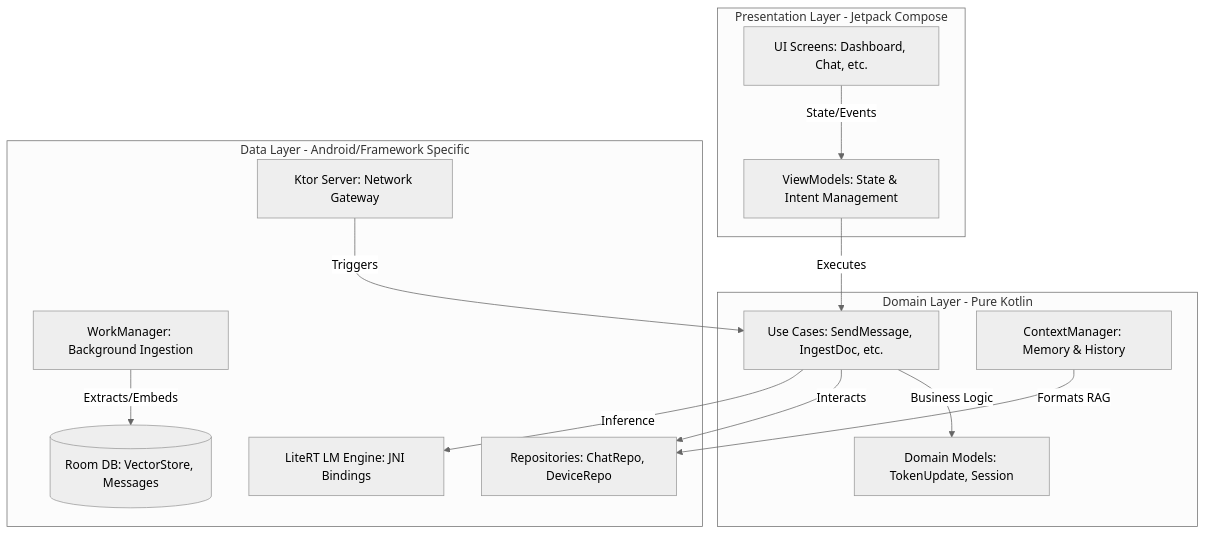
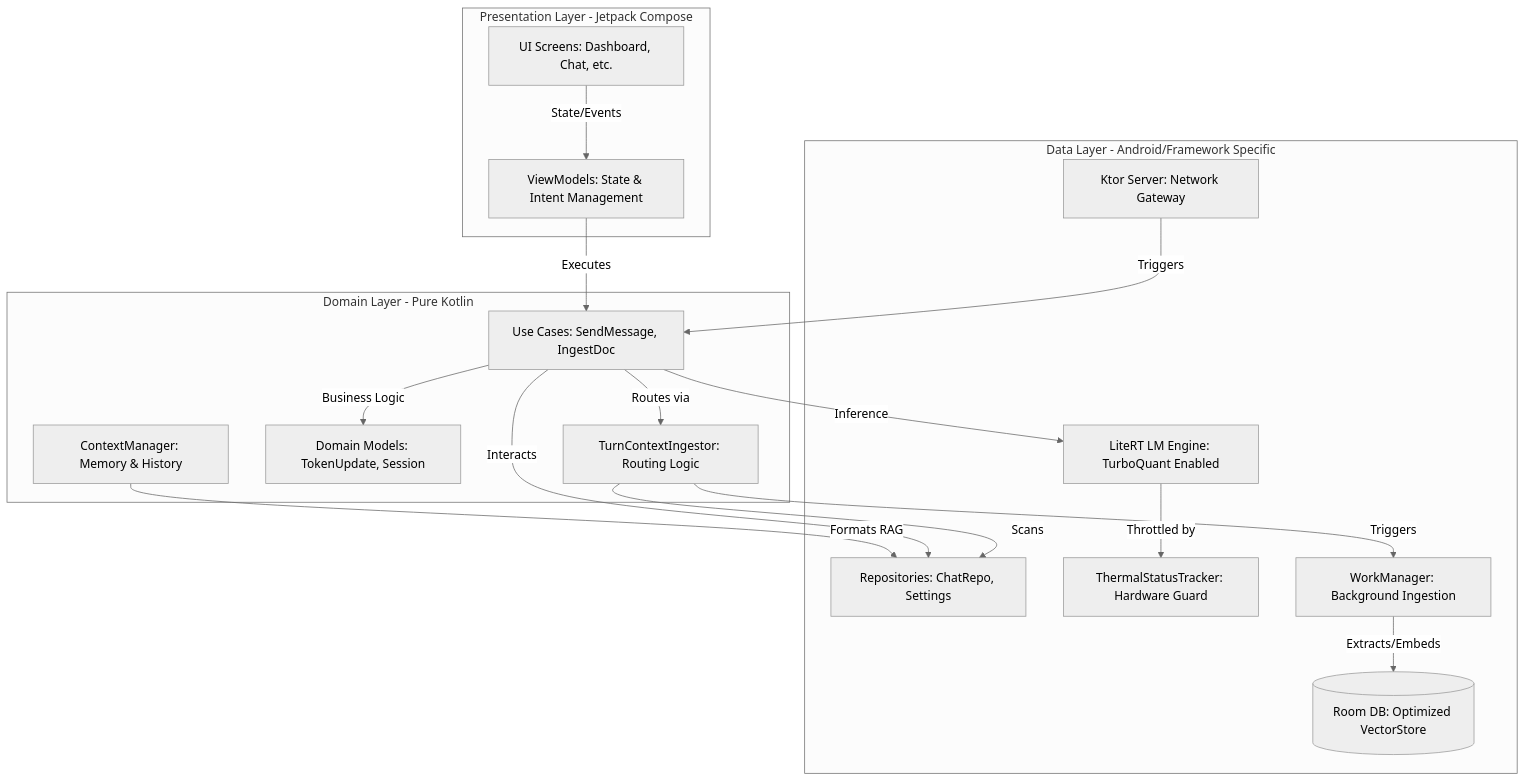
One commit to kallolchakraborty/Chhanda-AI changed the first of 5 diagrams in README.md. Above: the diagram before and after it, drawn with Mermaid (neutral theme). The commit also changed other lines of this file and 1 other file, not shown here.

Commit message:
Docs: Restored and updated Mermaid diagrams for Architecture and RAG pipelines

````diff
--- a/README.md
+++ b/README.md
@@ -84,30 +84,36 @@
 ```mermaid
 graph TD
     subgraph Presentation Layer [Presentation Layer - Jetpack Compose]
         UI[UI Screens: Dashboard, Chat, etc.]
         VM[ViewModels: State & Intent Management]
     end
 
     subgraph Domain Layer [Domain Layer - Pure Kotlin]
-        UC[Use Cases: SendMessage, IngestDoc, etc.]
+        UC[Use Cases: SendMessage, IngestDoc]
+        TCI[TurnContextIngestor: Routing Logic]
         MOD[Domain Models: TokenUpdate, Session]
         CM[ContextManager: Memory & History]
     end
 
     subgraph Data Layer [Data Layer - Android/Framework Specific]
-        REP[Repositories: ChatRepo, DeviceRepo]
-        DB[(Room DB: VectorStore, Messages)]
-        LRT[LiteRT LM Engine: JNI Bindings]
+        REP[Repositories: ChatRepo, Settings]
+        TST[ThermalStatusTracker: Hardware Guard]
+        DB[(Room DB: Optimized VectorStore)]
+        LRT[LiteRT LM Engine: TurboQuant Enabled]
         KTOR[Ktor Server: Network Gateway]
         WRK[WorkManager: Background Ingestion]
     end
 
     UI -->|State/Events| VM
     VM -->|Executes| UC
     UC -->|Business Logic| MOD
+    UC -->|Routes via| TCI
+    TCI -->|Scans| REP
+    TCI -->|Triggers| WRK
+    LRT -->|Throttled by| TST
     UC -->|Interacts| REP
     CM -->|Formats RAG| REP
     UC -->|Inference| LRT
     KTOR -->|Triggers| UC
     WRK -->|Extracts/Embeds| DB
 ```
````
